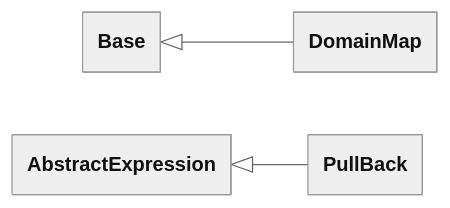
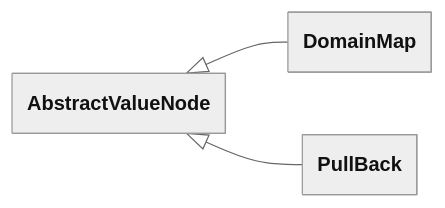
One commit to FEniCS/uflx changed the seventh of 12 diagrams in design/language.md. Above: the diagram before and after it, drawn with Mermaid. The commit also changed other lines of this file and 9 other files, not shown here.

````diff
--- a/design/language.md
+++ b/design/language.md
@@ -4080,16 +4376,16 @@
 ```mermaid
 ---
 config:
   theme: neutral
   look: classic
   class:
     theme: neutral
     look: classic
     hideEmptyMembersBox: true
 ---
 classDiagram
     direction LR
     accTitle: Maps between domains class hierarchy
-    Base <|-- DomainMap
-    AbstractExpression <|-- PullBack
+    AbstractValueNode <|-- DomainMap
+    AbstractValueNode <|-- PullBack
 ```
````
